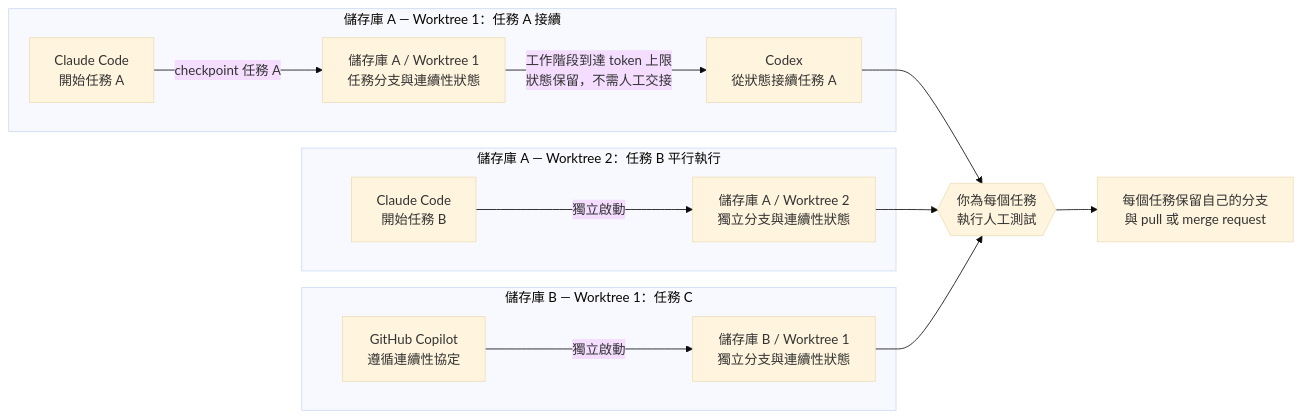
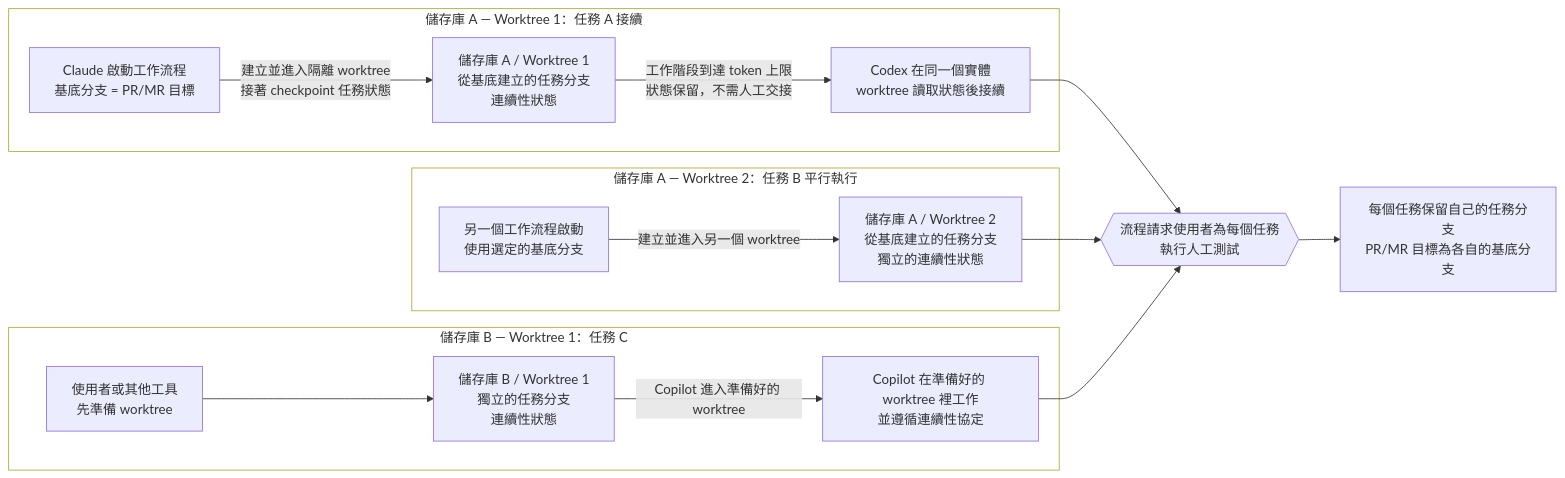
The third of 3 diagrams in README.zh-TW.md (sherrilla71940/personal-agentic-dev-environment), drawn with Mermaid before and after one commit. The commit also changed other lines of this file and 1 other file, not shown here.

Commit message:
docs(readme): clarify workflow and Mermaid diagrams

````diff
--- a/README.zh-TW.md
+++ b/README.zh-TW.md
@@ -266,31 +317,33 @@
 ```mermaid
-%%{init: {"theme": "base", "themeVariables": {"fontSize": "16px", "fontFamily": "system-ui, sans-serif"}, "flowchart": {"useMaxWidth": false}}}%%
+%%{init: {"themeVariables": {"clusterBkg": "transparent"}, "flowchart": {"useMaxWidth": false}}}%%
 flowchart LR
     subgraph taskA["儲存庫 A — Worktree 1：任務 A 接續"]
-        claudeA["Claude Code<br/>開始任務 A"]
-        workA["儲存庫 A / Worktree 1<br/>任務分支與連續性狀態"]
-        codexA["Codex<br/>從狀態接續任務 A"]
-        claudeA -->|"checkpoint 任務 A"| workA
+        claudeA["Claude 啟動工作流程<br/>基底分支 = PR/MR 目標"]
+        workA["儲存庫 A / Worktree 1<br/>從基底建立的任務分支<br/>連續性狀態"]
+        codexA["Codex 在同一個實體<br/>worktree 讀取狀態後接續"]
+        claudeA -->|"建立並進入隔離 worktree<br/>接著 checkpoint 任務狀態"| workA
         workA -->|"工作階段到達 token 上限<br/>狀態保留，不需人工交接"| codexA
     end
 
     subgraph taskB["儲存庫 A — Worktree 2：任務 B 平行執行"]
-        claudeB["Claude Code<br/>開始任務 B"]
-        workB["儲存庫 A / Worktree 2<br/>獨立分支與連續性狀態"]
-        claudeB -->|"獨立啟動"| workB
+        claudeB["另一個工作流程啟動<br/>使用選定的基底分支"]
+        workB["儲存庫 A / Worktree 2<br/>從基底建立的任務分支<br/>獨立的連續性狀態"]
+        claudeB -->|"建立並進入另一個 worktree"| workB
     end
 
     subgraph taskC["儲存庫 B — Worktree 1：任務 C"]
-        copilotC["GitHub Copilot<br/>遵循連續性協定"]
-        workC["儲存庫 B / Worktree 1<br/>獨立分支與連續性狀態"]
-        copilotC -->|"獨立啟動"| workC
+        prepC["使用者或其他工具<br/>先準備 worktree"]
+        workC["儲存庫 B / Worktree 1<br/>獨立的任務分支<br/>連續性狀態"]
+        copilotC["Copilot 在準備好的 worktree 裡工作<br/>並遵循連續性協定"]
+        prepC --> workC
+        workC -->|"Copilot 進入準備好的 worktree"| copilotC
     end
 
-    gate{{"你為每個任務<br/>執行人工測試"}}
-    out["每個任務保留自己的分支<br/>與 pull 或 merge request"]
+    gate{{"流程請求使用者為每個任務<br/>執行人工測試"}}
+    out["每個任務保留自己的任務分支<br/>PR/MR 目標為各自的基底分支"]
 
     codexA --> gate
     workB --> gate
-    workC --> gate
+    copilotC --> gate
     gate --> out
 ```
````
